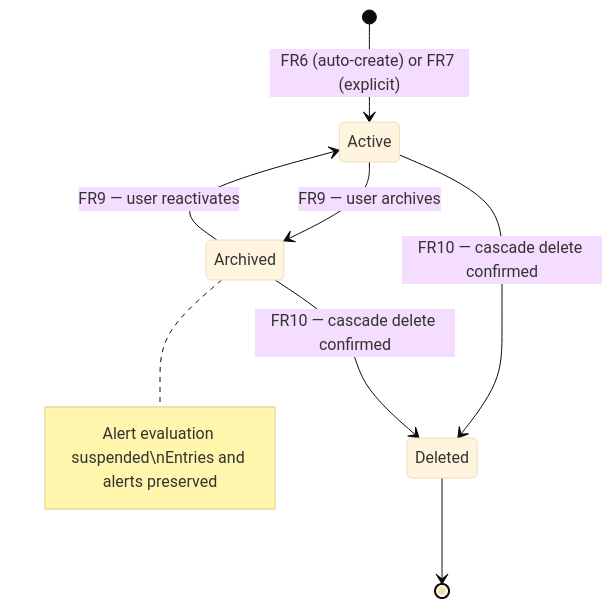
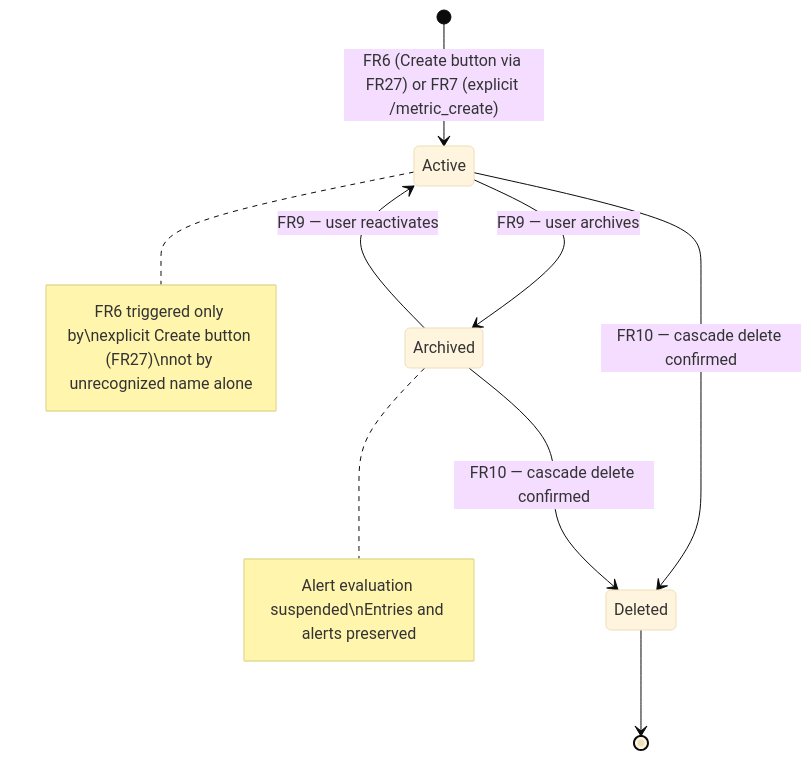
One commit to OpochanskyAlex/checkpoint_recorder changed the second of 5 diagrams in docs/system/srs.md. Above: the diagram before and after it, drawn with Mermaid (base theme). The commit also changed other lines of this file and 22 other files, not shown here.

````diff
--- a/docs/system/srs.md
+++ b/docs/system/srs.md
@@ -216,10 +234,11 @@
 ```mermaid
 stateDiagram-v2
-  [*] --> Active : FR6 (auto-create) or FR7 (explicit)
+  [*] --> Active : FR6 (Create button via FR27) or FR7 (explicit /metric_create)
   Active --> Archived : FR9 — user archives
   Archived --> Active : FR9 — user reactivates
   Active --> Deleted : FR10 — cascade delete confirmed
   Archived --> Deleted : FR10 — cascade delete confirmed
   Deleted --> [*]
   note right of Archived : Alert evaluation suspended\nEntries and alerts preserved
+  note right of Active : FR6 triggered only by\nexplicit Create button (FR27)\nnot by unrecognized name alone
 ```
````
